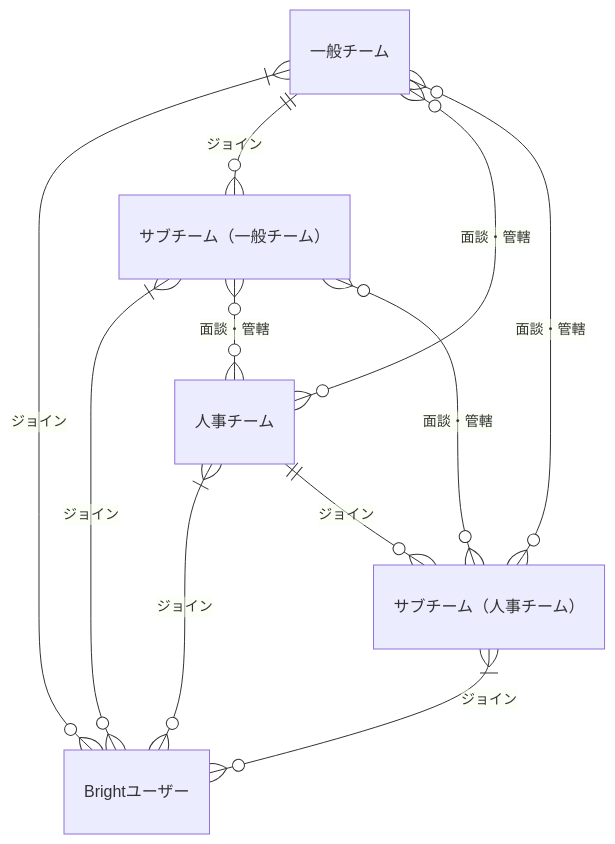
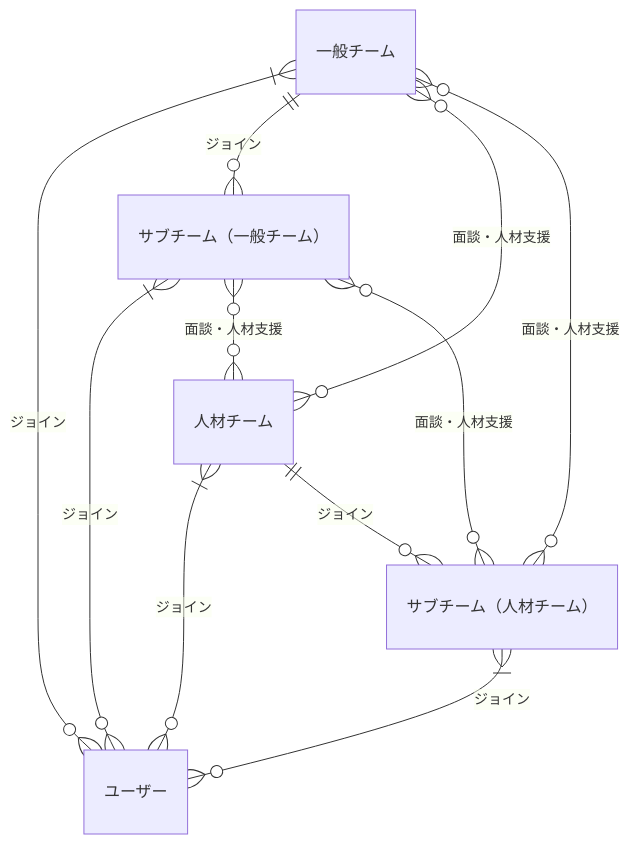
One commit to bright-org/bright changed the ninth of 11 diagrams in docs/conceptual_schemas/users.md. Above: the diagram before and after it, drawn with Mermaid. The commit also changed other lines of this file, not shown here.

````diff
--- a/docs/conceptual_schemas/users.md
+++ b/docs/conceptual_schemas/users.md
@@ -128,15 +125,15 @@
 ```mermaid
 erDiagram
-  "一般チーム"}|--o{"Brightユーザー" : "ジョイン"
+  "一般チーム"}|--o{"ユーザー" : "ジョイン"
   "一般チーム"||--o{"サブチーム（一般チーム）" : "ジョイン"
-  "サブチーム（一般チーム）"}|--o{"Brightユーザー" : "ジョイン"
+  "サブチーム（一般チーム）"}|--o{"ユーザー" : "ジョイン"
 
-  "人事チーム"}|--o{"Brightユーザー" : "ジョイン"
-  "人事チーム"||--o{"サブチーム（人事チーム）" : "ジョイン"
-  "サブチーム（人事チーム）"}|--o{"Brightユーザー" : "ジョイン"
+  "人材チーム"}|--o{"ユーザー" : "ジョイン"
+  "人材チーム"||--o{"サブチーム（人材チーム）" : "ジョイン"
+  "サブチーム（人材チーム）"}|--o{"ユーザー" : "ジョイン"
 
-  "一般チーム"}o--o{"人事チーム" : "面談・管轄"
-  "一般チーム"}o--o{"サブチーム（人事チーム）" : "面談・管轄"
-  "サブチーム（一般チーム）"}o--o{"人事チーム" : "面談・管轄"
-  "サブチーム（一般チーム）"}o--o{"サブチーム（人事チーム）" : "面談・管轄"
+  "一般チーム"}o--o{"人材チーム" : "面談・人材支援"
+  "一般チーム"}o--o{"サブチーム（人材チーム）" : "面談・人材支援"
+  "サブチーム（一般チーム）"}o--o{"人材チーム" : "面談・人材支援"
+  "サブチーム（一般チーム）"}o--o{"サブチーム（人材チーム）" : "面談・人材支援"
 ```
````
